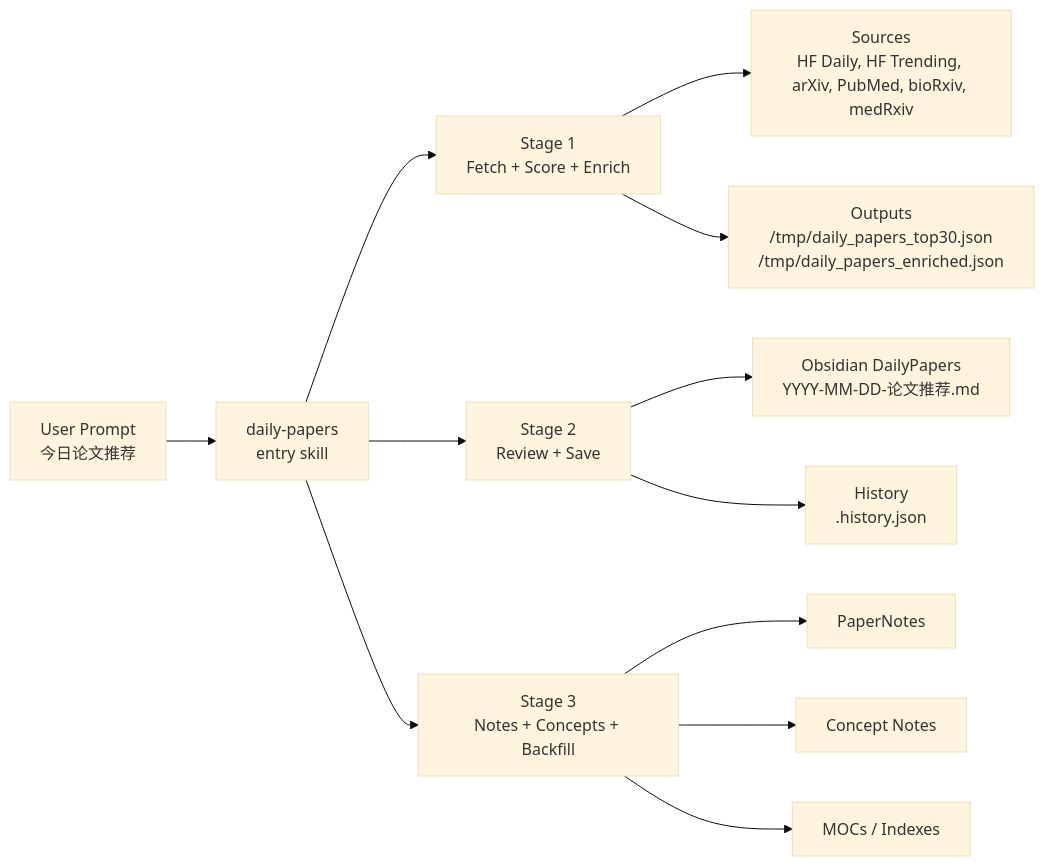
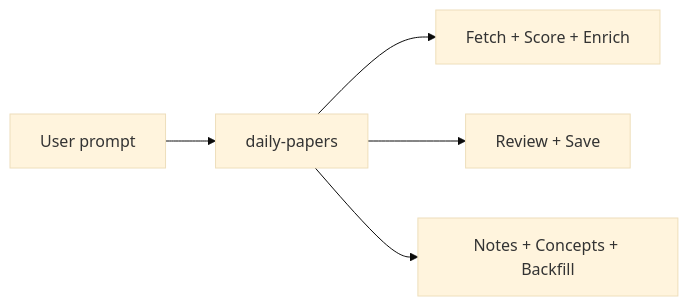
The diagram in README.md (Stella-123-spu/Paper_Recommendation), drawn with Mermaid (base theme) before and after one commit. The commit also changed other lines of this file, not shown here.

````diff
--- a/README.md
+++ b/README.md
@@ -276,14 +119,7 @@
 ```mermaid
 flowchart LR
-    A["User Prompt<br/>今日论文推荐"] --> B["daily-papers<br/>entry skill"]
-    B --> C["Stage 1<br/>Fetch + Score + Enrich"]
-    C --> C1["Sources<br/>HF Daily, HF Trending, arXiv, PubMed, bioRxiv, medRxiv"]
-    C --> C2["Outputs<br/>/tmp/daily_papers_top30.json<br/>/tmp/daily_papers_enriched.json"]
-    B --> D["Stage 2<br/>Review + Save"]
-    D --> D1["Obsidian DailyPapers<br/>YYYY-MM-DD-论文推荐.md"]
-    D --> D2["History<br/>.history.json"]
-    B --> E["Stage 3<br/>Notes + Concepts + Backfill"]
-    E --> E1["PaperNotes"]
-    E --> E2["Concept Notes"]
-    E --> E3["MOCs / Indexes"]
+    A["User prompt"] --> B["daily-papers"]
+    B --> C["Fetch + Score + Enrich"]
+    B --> D["Review + Save"]
+    B --> E["Notes + Concepts + Backfill"]
 ```
````
